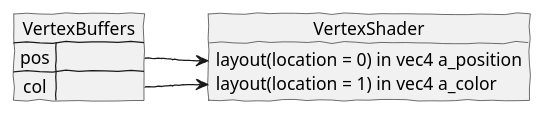
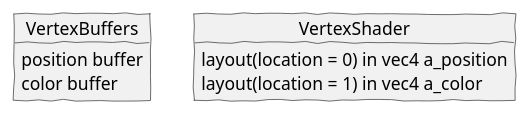
One commit to qingwabote/ink changed the diagram in graphics/vertex.md. Above: the diagram before and after it, drawn with PlantUML. The commit also changed other lines of this file and 1 other file, not shown here.

````diff
--- a/graphics/vertex.md
+++ b/graphics/vertex.md
@@ -23,16 +22,13 @@
 ```plantuml
 skinparam handwritten true
 
-map VertexBuffers {
- pos =>
- col => 
+object VertexBuffers {
+ position buffer
+ color buffer
 }
 
 object VertexShader {
  layout(location = 0) in vec4 a_position
  layout(location = 1) in vec4 a_color
 }
-
-VertexBuffers::pos -> VertexShader::a_position
-VertexBuffers::col -> VertexShader::a_color
 ```
````
